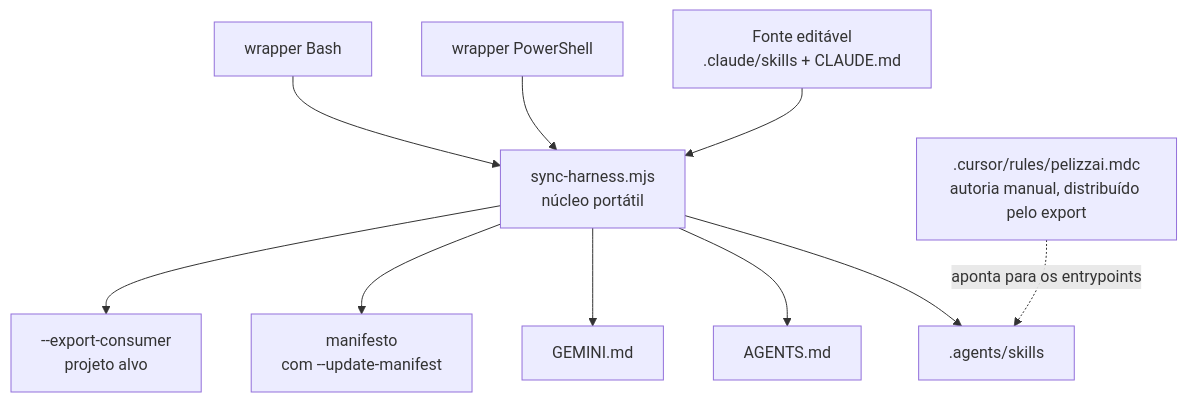
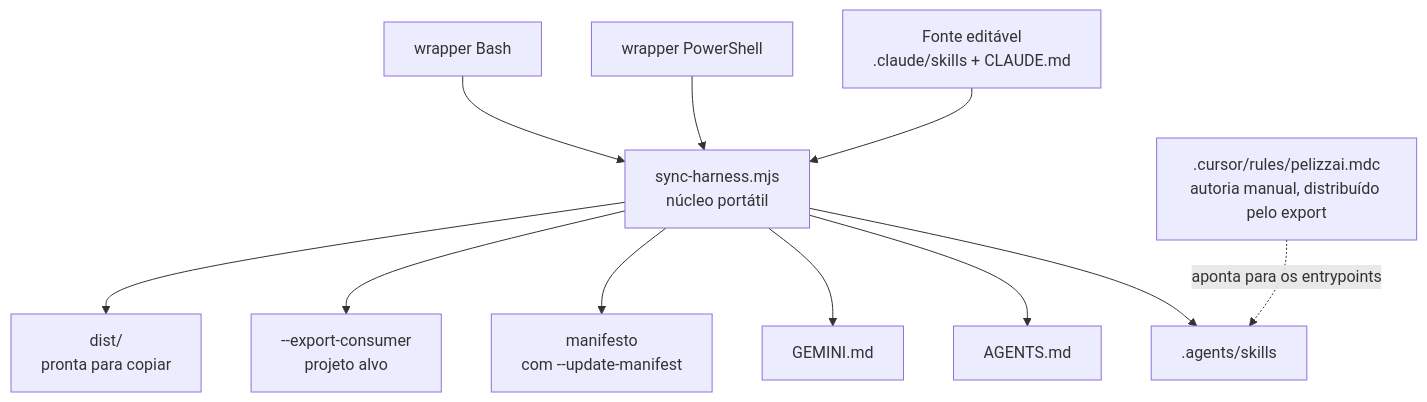
The eighth of 8 diagrams in README.md (rpelizza/PelizzAI), drawn with Mermaid before and after one commit. The commit also changed other lines of this file and 191 other files, not shown here.

First line of the commit message:
feat(distribuicao): dist/ pronta para copiar — instalacao sem linha de comando

````diff
--- a/README.md
+++ b/README.md
@@ -425,12 +444,13 @@
 ```mermaid
 flowchart TD
     SRC["Fonte editável<br/>.claude/skills + CLAUDE.md"] --> SYNC["sync-harness.mjs<br/>núcleo portátil"]
     PS["wrapper PowerShell"] --> SYNC
     SH["wrapper Bash"] --> SYNC
     SYNC --> AS[".agents/skills"]
     SYNC --> AG["AGENTS.md"]
     SYNC --> GE["GEMINI.md"]
     SYNC --> MF["manifesto<br/>com --update-manifest"]
     SYNC --> EXP["--export-consumer<br/>projeto alvo"]
+    SYNC --> DIST["dist/<br/>pronta para copiar"]
     CUR[".cursor/rules/pelizzai.mdc<br/>autoria manual, distribuído pelo export"] -.->|aponta para os entrypoints| AS
 ```
````
